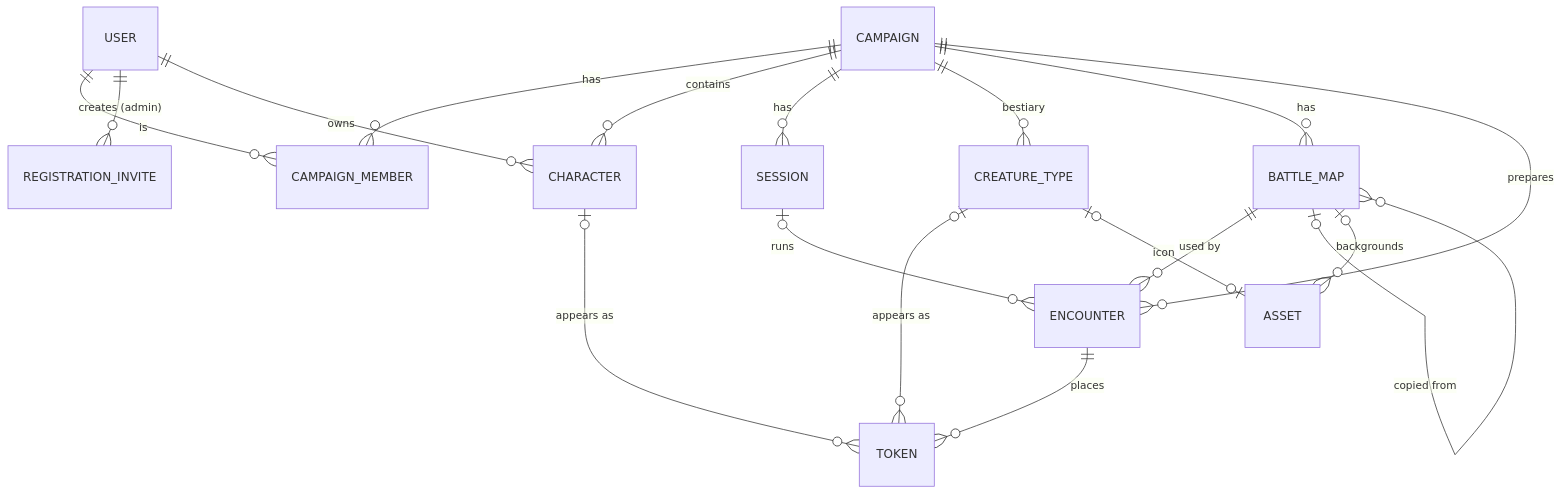
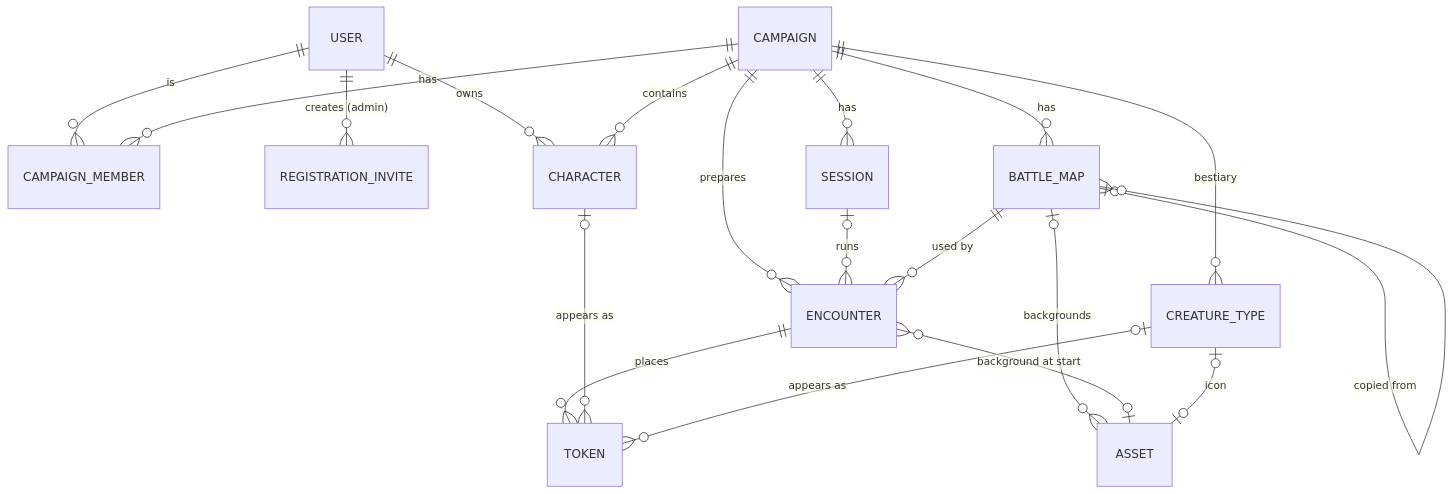
One commit to otressler/oreanas-office changed the diagram in knowledge/domain/data-model.md. Above: the diagram before and after it, drawn with Mermaid. The commit also changed 14 other files, not shown here.

````diff
--- a/knowledge/domain/data-model.md
+++ b/knowledge/domain/data-model.md
@@ -16,20 +16,21 @@
 ```mermaid
 erDiagram
     USER ||--o{ CAMPAIGN_MEMBER : "is"
     USER ||--o{ REGISTRATION_INVITE : "creates (admin)"
     CAMPAIGN ||--o{ CAMPAIGN_MEMBER : "has"
     USER ||--o{ CHARACTER : "owns"
     CAMPAIGN ||--o{ CHARACTER : "contains"
     CAMPAIGN ||--o{ SESSION : "has"
     CAMPAIGN ||--o{ CREATURE_TYPE : "bestiary"
     CAMPAIGN ||--o{ BATTLE_MAP : "has"
     CAMPAIGN ||--o{ ENCOUNTER : "prepares"
     SESSION |o--o{ ENCOUNTER : "runs"
     BATTLE_MAP ||--o{ ENCOUNTER : "used by"
     BATTLE_MAP |o--o{ BATTLE_MAP : "copied from"
     ENCOUNTER ||--o{ TOKEN : "places"
     CHARACTER |o--o{ TOKEN : "appears as"
     CREATURE_TYPE |o--o{ TOKEN : "appears as"
     BATTLE_MAP |o--o{ ASSET : "backgrounds"
+    ENCOUNTER }o--o| ASSET : "background at start"
     CREATURE_TYPE |o--o| ASSET : "icon"
 ```
````
